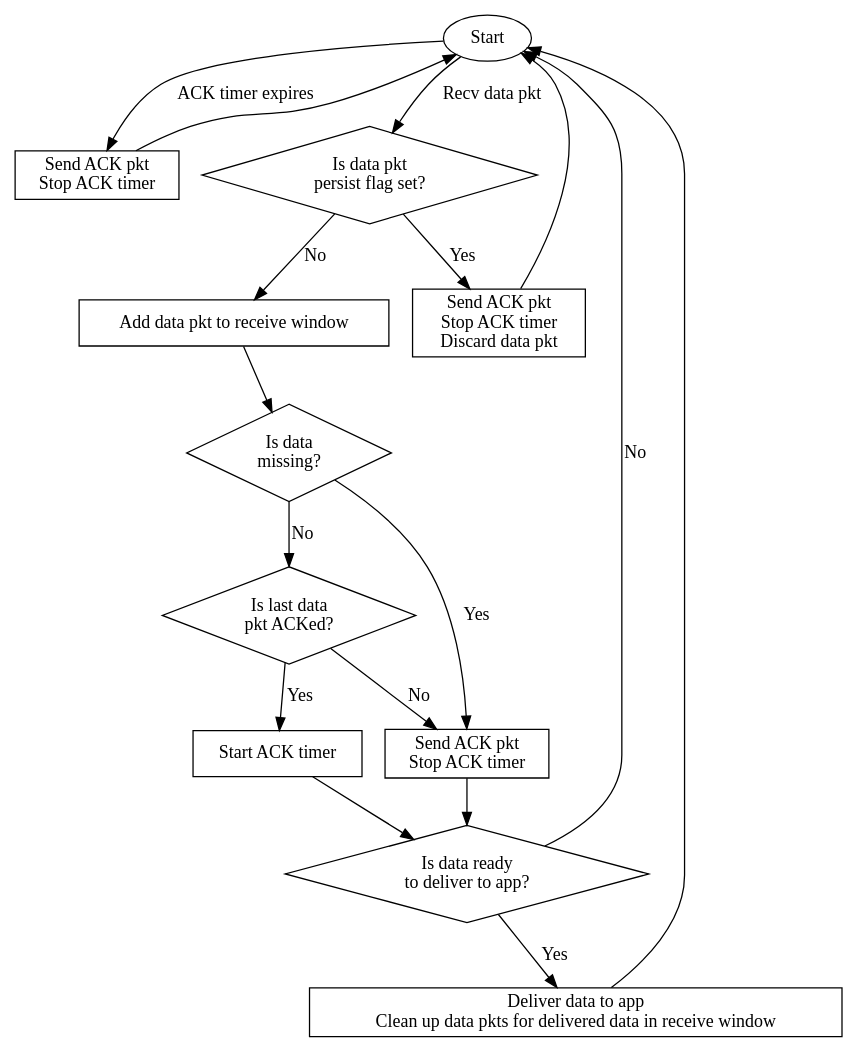
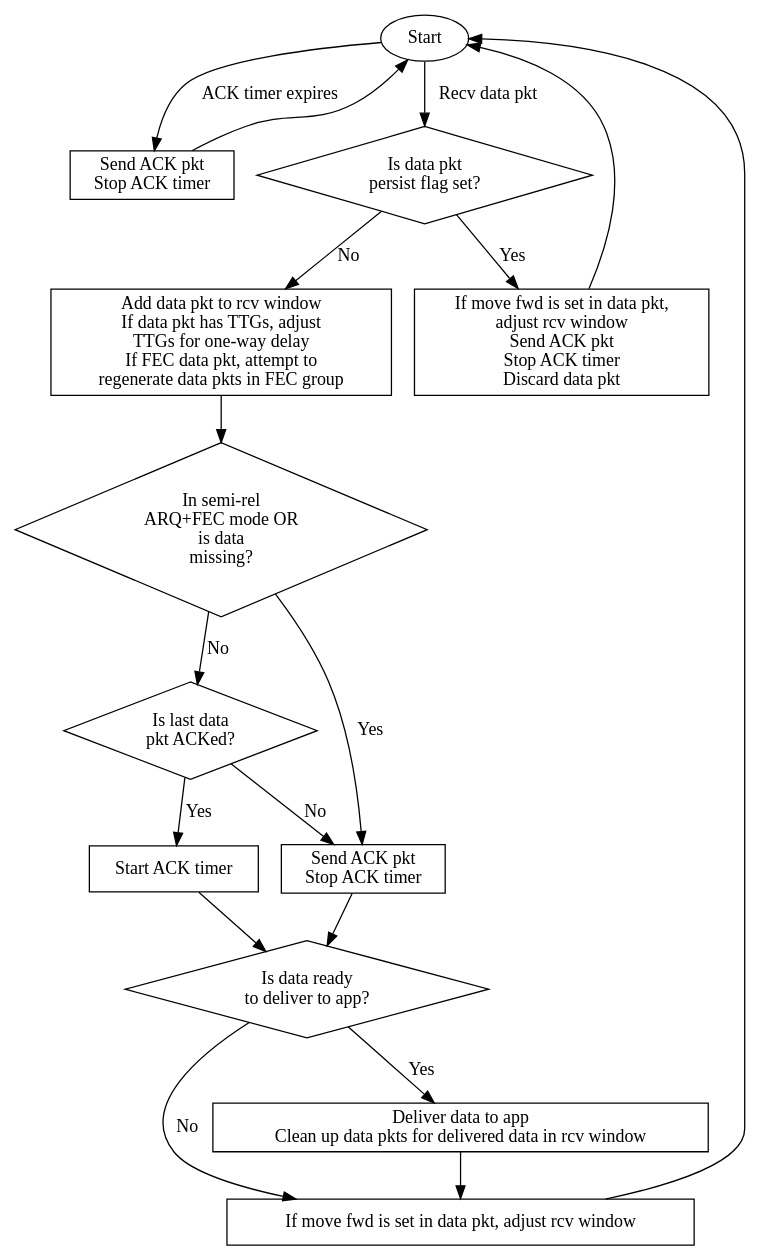
The diagram in iron/sliq/doc/sliq_data_recv.dot (raytheonbbn/IRON), drawn with Graphviz before and after one commit. The commit also changed 199 other files, not shown here.

```diff
--- a/iron/sliq/doc/sliq_data_recv.dot
+++ b/iron/sliq/doc/sliq_data_recv.dot
@@ -1,36 +1,38 @@
 digraph sliq_data_receive {
     strt [ shape = ellipse, label = "Start" ];
-    blk1 [ shape = box,     label = "Send ACK pkt\nStop ACK timer\nDiscard data pkt" ];
-    blk2 [ shape = box,     label = "Add data pkt to receive window" ];
+    blk1 [ shape = box,     label = "If move fwd is set in data pkt,\nadjust rcv window\nSend ACK pkt\nStop ACK timer\nDiscard data pkt" ];
+    blk2 [ shape = box,     label = "Add data pkt to rcv window\nIf data pkt has TTGs, adjust\nTTGs for one-way delay\nIf FEC data pkt, attempt to\nregenerate data pkts in FEC group" ];
     blk3 [ shape = box,     label = "Send ACK pkt\nStop ACK timer" ];
     blk4 [ shape = box,     label = "Start ACK timer" ];
-    blk5 [ shape = box,     label = "Deliver data to app\nClean up data pkts for delivered data in receive window" ];
+    blk5 [ shape = box,     label = "Deliver data to app\nClean up data pkts for delivered data in rcv window" ];
     blk6 [ shape = box,     label = "Send ACK pkt\nStop ACK timer" ];
+    blk7 [ shape = box,     label = "If move fwd is set in data pkt, adjust rcv window" ];
     dsc1 [ shape = diamond, label = "Is data pkt\npersist flag set?" ];
-    dsc2 [ shape = diamond, label = "Is data\nmissing?" ];
+    dsc2 [ shape = diamond, label = "In semi-rel\nARQ+FEC mode OR\nis data\nmissing?" ];
     dsc3 [ shape = diamond, label = "Is last data\npkt ACKed?" ];
     dsc4 [ shape = diamond, label = "Is data ready\nto deliver to app?" ];
 
     strt -> dsc1 [ label = "Recv data pkt" ];
 
     dsc1 -> blk1 [ label = "Yes" ];
     blk1 -> strt;
 
     dsc1 -> blk2 [ label = "No" ];
     blk2 -> dsc2;
 
     dsc2 -> blk3 [ label = "Yes" ];
     blk3 -> dsc4;
 
     dsc2 -> dsc3 [ label = "No" ];
     dsc3 -> blk3 [ label = "No" ];
     dsc3 -> blk4 [ label = "Yes" ];
     blk4 -> dsc4;
 
     dsc4 -> blk5 [ label = "Yes" ];
-    blk5 -> strt;
-    dsc4 -> strt [ label = "No" ];
+    dsc4 -> blk7 [ label = "No" ];
+    blk5 -> blk7;
+    blk7 -> strt;
 
     strt -> blk6 [ label = "ACK timer expires" ];
     blk6 -> strt;
 }
```
